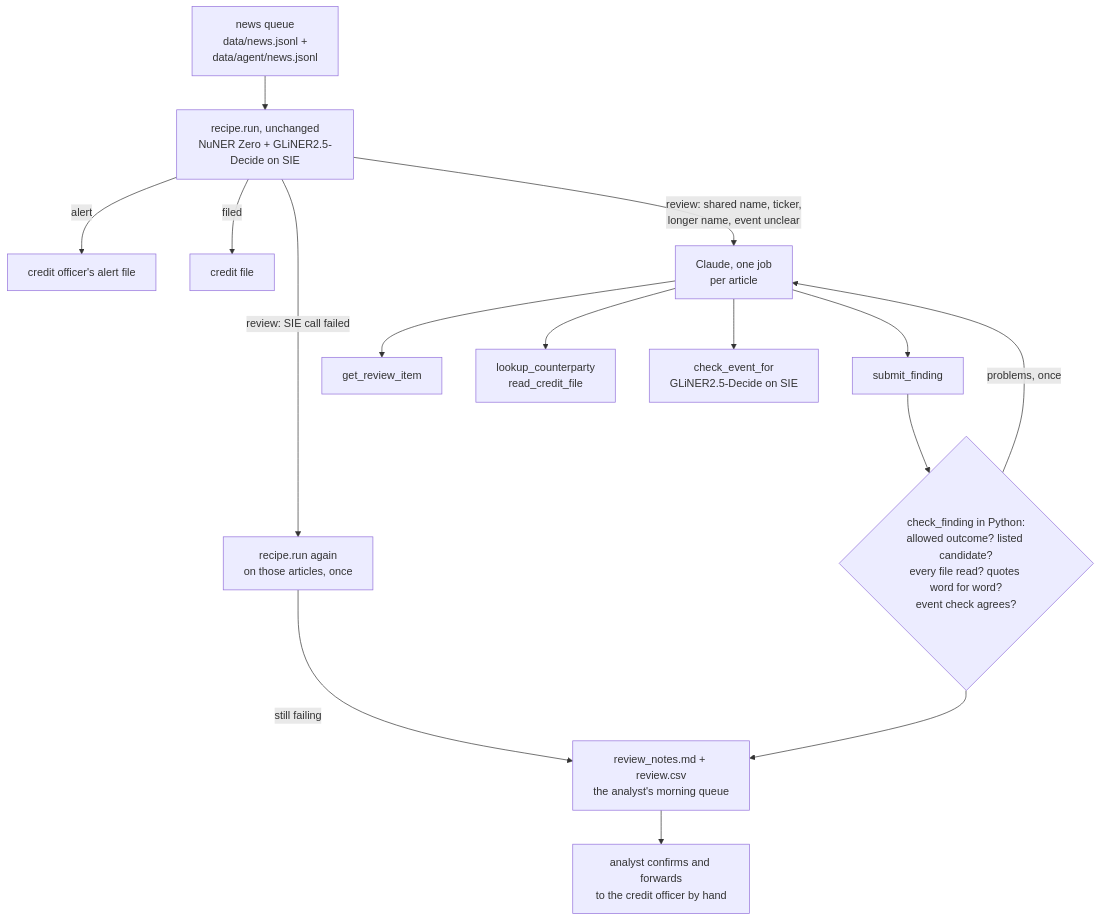
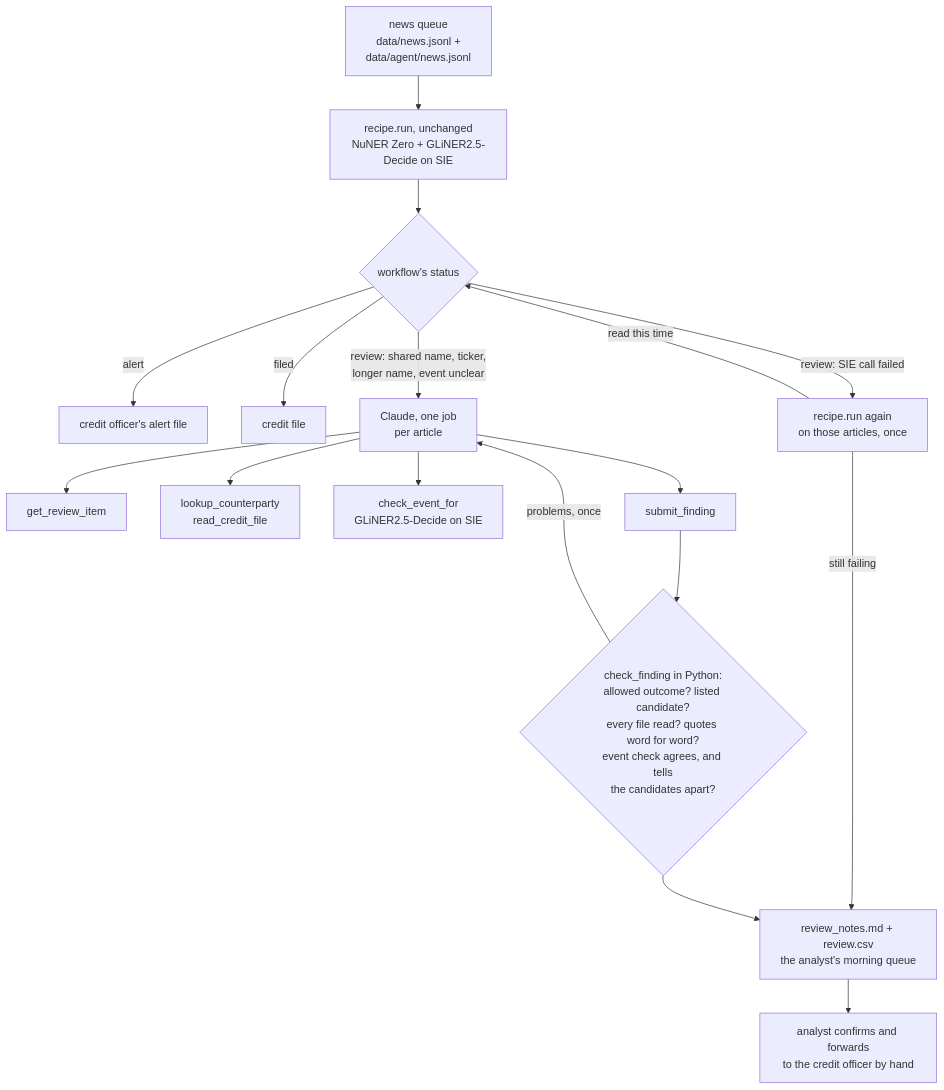
Before and after one commit to superlinked/cookbook: the third of 3 diagrams in finance/alert_on_counterparty_news/README.md, drawn with Mermaid. The commit also changed other lines of this file and 3 other files, not shown here.

````diff
--- a/finance/alert_on_counterparty_news/README.md
+++ b/finance/alert_on_counterparty_news/README.md
@@ -517,17 +538,19 @@
 ```mermaid
 flowchart TD
     Q["news queue<br/>data/news.jsonl +<br/>data/agent/news.jsonl"] --> W["recipe.run, unchanged<br/>NuNER Zero + GLiNER2.5-Decide on SIE"]
-    W -- "alert" --> AL["credit officer's alert file"]
-    W -- "filed" --> FI["credit file"]
-    W -- "review: SIE call failed" --> RT["recipe.run again<br/>on those articles, once"]
+    W --> D{"workflow's status"}
+    D -- "alert" --> AL["credit officer's alert file"]
+    D -- "filed" --> FI["credit file"]
+    D -- "review: SIE call failed" --> RT["recipe.run again<br/>on those articles, once"]
+    RT -- "read this time" --> D
     RT -- "still failing" --> R
-    W -- "review: shared name, ticker,<br/>longer name, event unclear" --> A["Claude, one job<br/>per article"]
+    D -- "review: shared name, ticker,<br/>longer name, event unclear" --> A["Claude, one job<br/>per article"]
     A --> T1["get_review_item"]
     A --> T2["lookup_counterparty<br/>read_credit_file"]
     A --> T3["check_event_for<br/>GLiNER2.5-Decide on SIE"]
     A --> S["submit_finding"]
-    S --> J{"check_finding in Python:<br/>allowed outcome? listed candidate?<br/>every file read? quotes word for word?<br/>event check agrees?"}
+    S --> J{"check_finding in Python:<br/>allowed outcome? listed candidate?<br/>every file read? quotes word for word?<br/>event check agrees, and tells<br/>the candidates apart?"}
     J -- "problems, once" --> A
     J --> R["review_notes.md + review.csv<br/>the analyst's morning queue"]
     R --> P["analyst confirms and forwards<br/>to the credit officer by hand"]
 ```
````
